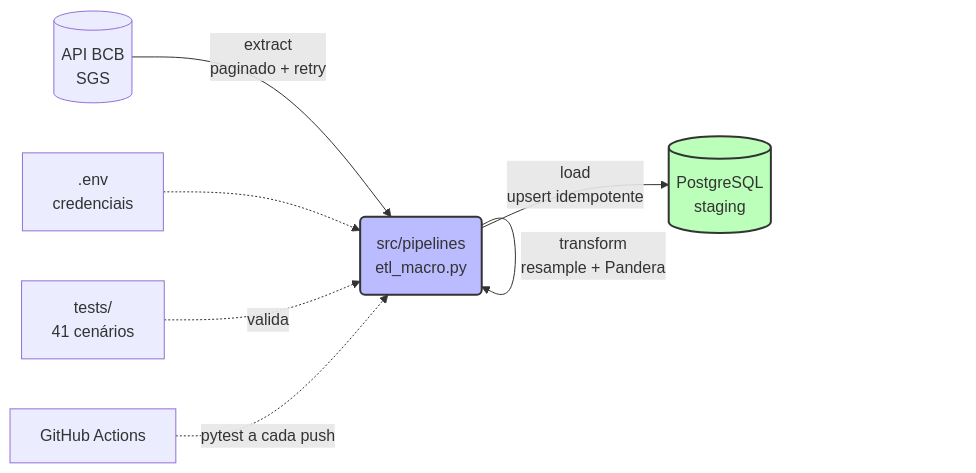
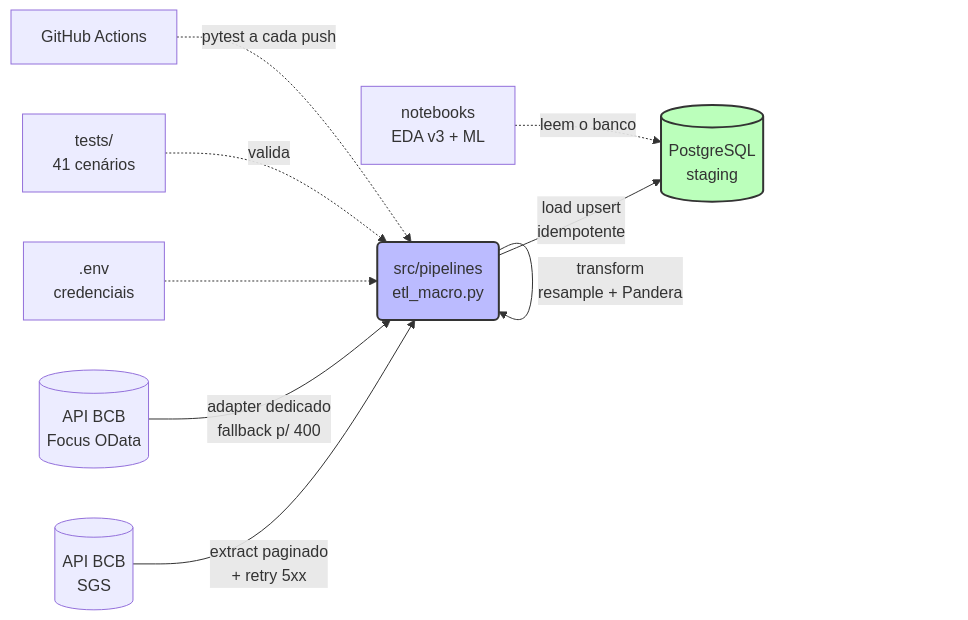
Before and after one commit to YuriFerreira11/Analise-Brasil: the diagram in README.md, drawn with Mermaid. The commit also changed other lines of this file, not shown here.

First line of the commit message:
Revise README for ETL pipeline updates and improvements

````diff
--- a/README.md
+++ b/README.md
@@ -23,12 +23,14 @@
 ```mermaid
 graph LR
-    A[(API BCB<br/>SGS)] -->|extract<br/>paginado + retry| B(src/pipelines<br/>etl_macro.py)
+    A[(API BCB<br/>SGS)] -->|extract paginado<br/>+ retry 5xx| B(src/pipelines<br/>etl_macro.py)
+    F[(API BCB<br/>Focus OData)] -->|adapter dedicado<br/>fallback p/ 400| B
     B -->|transform<br/>resample + Pandera| B
-    B -->|load<br/>upsert idempotente| C[(PostgreSQL<br/>staging)]
+    B -->|load upsert<br/>idempotente| C[(PostgreSQL<br/>staging)]
     D[.env<br/>credenciais] -.-> B
     T[tests/<br/>41 cenários] -.->|valida| B
     G[GitHub Actions] -.->|pytest a cada push| B
+    N[notebooks<br/>EDA v3 + ML] -.->|leem o banco| C
 
     style B fill:#bbf,stroke:#333,stroke-width:2px
     style C fill:#bfb,stroke:#333,stroke-width:2px
 ```
````
